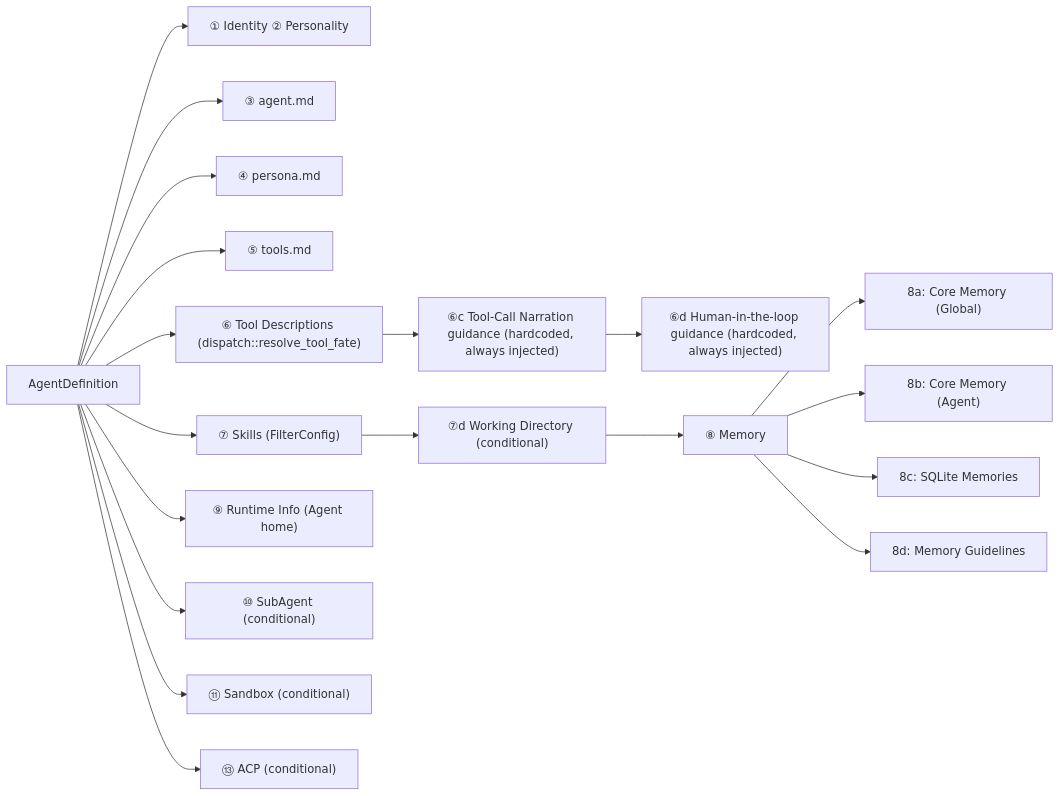
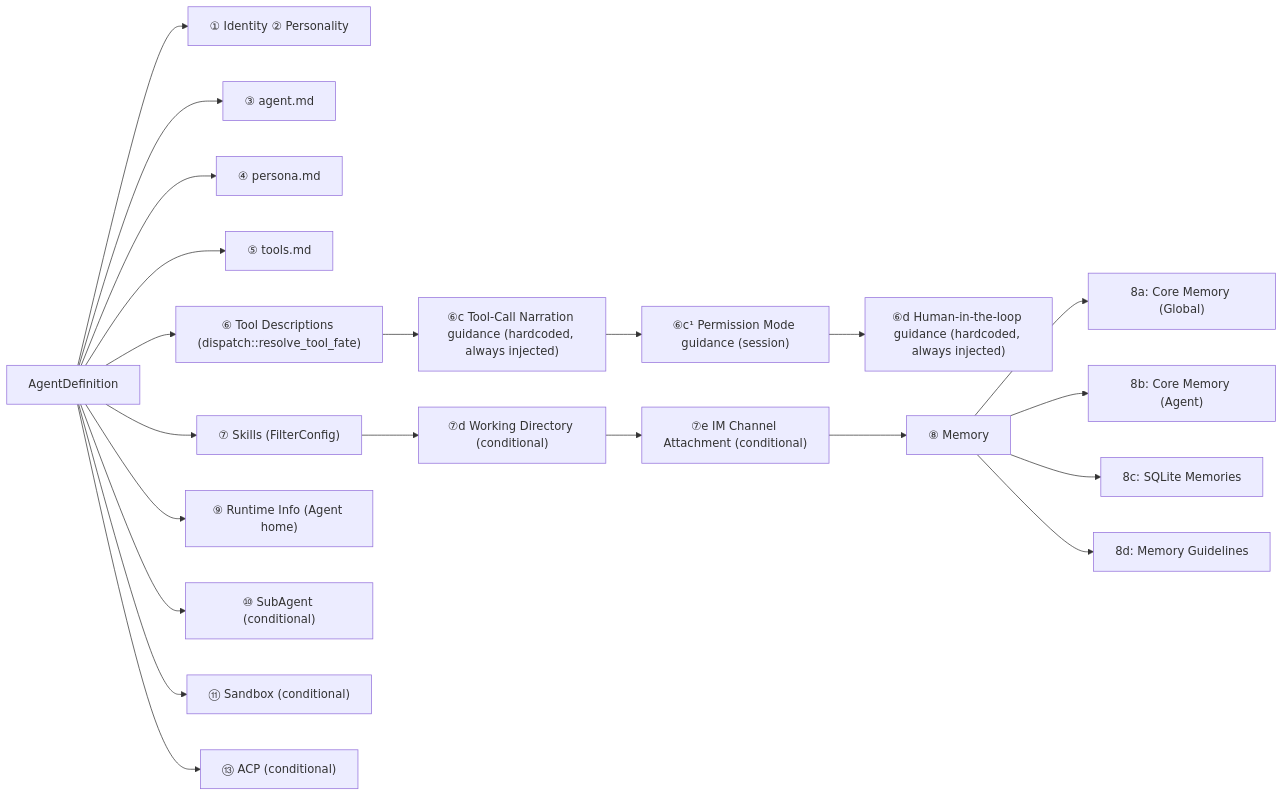
Before and after one commit to gabrielmoreira/agent-skills-mirror: the third of 3 diagrams in mirrors/repos/shiwenwen@hope-agent/docs/architecture/prompt-system.md, drawn with Mermaid. The commit also changed other lines of this file and 2172 other files, not shown here.

````diff
--- a/mirrors/repos/shiwenwen@hope-agent/docs/architecture/prompt-system.md
+++ b/mirrors/repos/shiwenwen@hope-agent/docs/architecture/prompt-system.md
@@ -89,22 +90,24 @@
 ```mermaid
 graph LR
     AD["AgentDefinition"] --> S1["① Identity ② Personality"]
     AD --> S3["③ agent.md"]
     AD --> S4["④ persona.md"]
     AD --> S5["⑤ tools.md"]
     AD --> S6["⑥ Tool Descriptions (dispatch::resolve_tool_fate)"]
     S6 --> S6b["⑥c Tool-Call Narration guidance (hardcoded, always injected)"]
-    S6b --> S6c["⑥d Human-in-the-loop guidance (hardcoded, always injected)"]
+    S6b --> S6c["⑥c¹ Permission Mode guidance (session)"]
+    S6c --> S6d["⑥d Human-in-the-loop guidance (hardcoded, always injected)"]
     AD --> S7["⑦ Skills (FilterConfig)"]
     S7 --> S7d["⑦d Working Directory (conditional)"]
-    S7d --> S8["⑧ Memory"]
+    S7d --> S7e["⑦e IM Channel Attachment (conditional)"]
+    S7e --> S8["⑧ Memory"]
     S8 --> S8a["8a: Core Memory (Global)"]
     S8 --> S8b["8b: Core Memory (Agent)"]
     S8 --> S8c["8c: SQLite Memories"]
     S8 --> S8d["8d: Memory Guidelines"]
     AD --> S9["⑨ Runtime Info (Agent home)"]
     AD --> S10["⑩ SubAgent (conditional)"]
     AD --> S11["⑪ Sandbox (conditional)"]
     AD --> S13["⑬ ACP (conditional)"]
 
 ```
````
